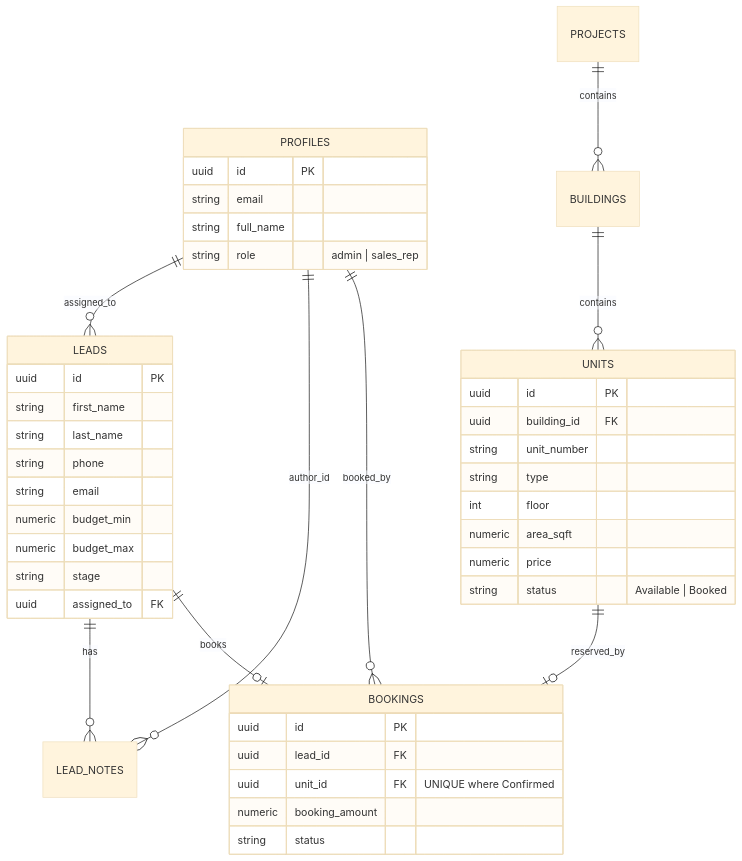
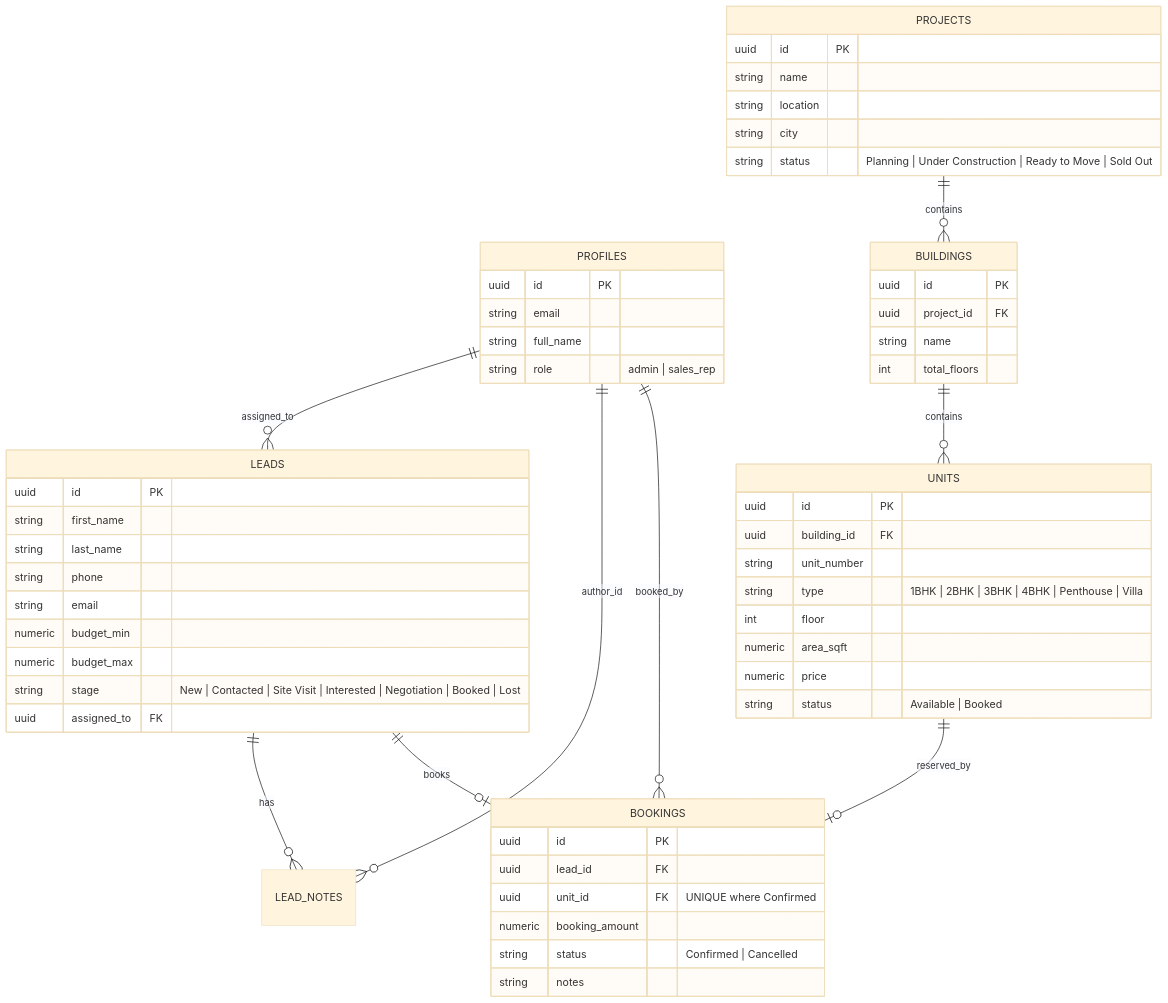
Before and after one commit to Arumuga-Raja-p/real_estate_crm: the fourth of 4 diagrams in README.md, drawn with Mermaid (base theme). The commit also changed other lines of this file and 2 other files, not shown here.

````diff
--- a/README.md
+++ b/README.md
@@ -43,49 +181,65 @@
 ```mermaid
 erDiagram
     PROFILES ||--o{ LEADS : "assigned_to"
     PROFILES ||--o{ LEAD_NOTES : "author_id"
     PROFILES ||--o{ BOOKINGS : "booked_by"
     LEADS ||--o{ LEAD_NOTES : "has"
     LEADS ||--o| BOOKINGS : "books"
     PROJECTS ||--o{ BUILDINGS : "contains"
     BUILDINGS ||--o{ UNITS : "contains"
     UNITS ||--o| BOOKINGS : "reserved_by"
 
     PROFILES {
         uuid id PK
         string email
         string full_name
         string role "admin | sales_rep"
     }
 
     LEADS {
         uuid id PK
         string first_name
         string last_name
         string phone
         string email
         numeric budget_min
         numeric budget_max
-        string stage
+        string stage "New | Contacted | Site Visit | Interested | Negotiation | Booked | Lost"
         uuid assigned_to FK
+    }
+
+    PROJECTS {
+        uuid id PK
+        string name
+        string location
+        string city
+        string status "Planning | Under Construction | Ready to Move | Sold Out"
+    }
+
+    BUILDINGS {
+        uuid id PK
+        uuid project_id FK
+        string name
+        int total_floors
     }
 
     UNITS {
         uuid id PK
         uuid building_id FK
         string unit_number
-        string type
+        string type "1BHK | 2BHK | 3BHK | 4BHK | Penthouse | Villa"
         int floor
         numeric area_sqft
         numeric price
         string status "Available | Booked"
     }
 
     BOOKINGS {
         uuid id PK
         uuid lead_id FK
         uuid unit_id FK "UNIQUE where Confirmed"
         numeric booking_amount
-        string status
+        string status "Confirmed | Cancelled"
+        string notes
     }
 ```
````
